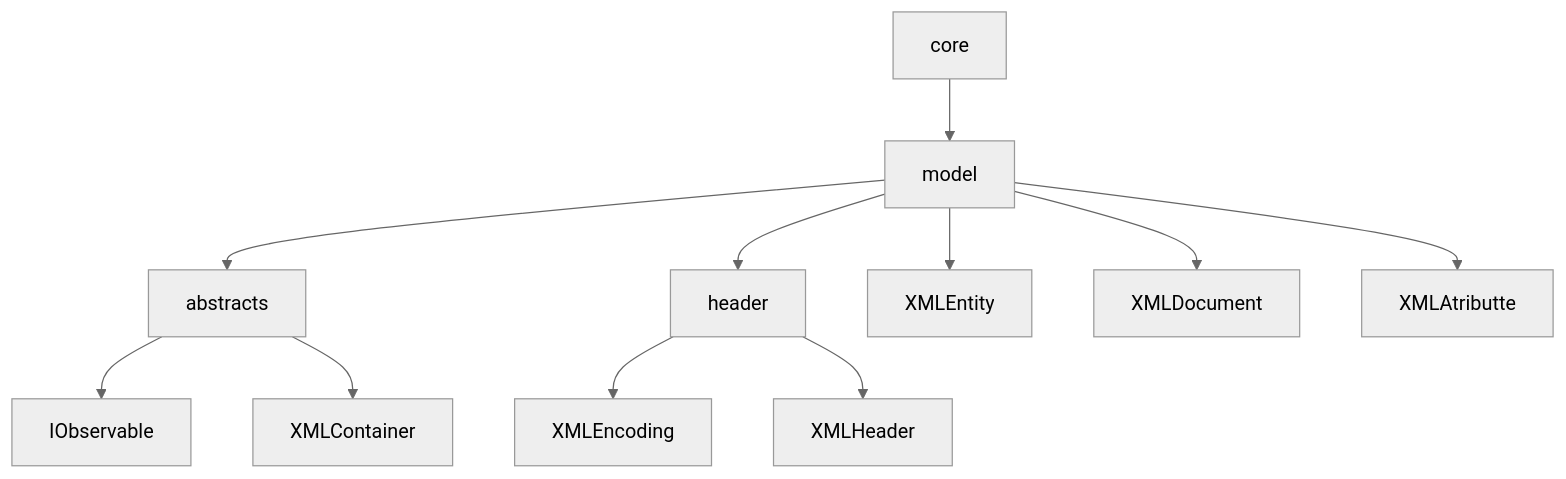
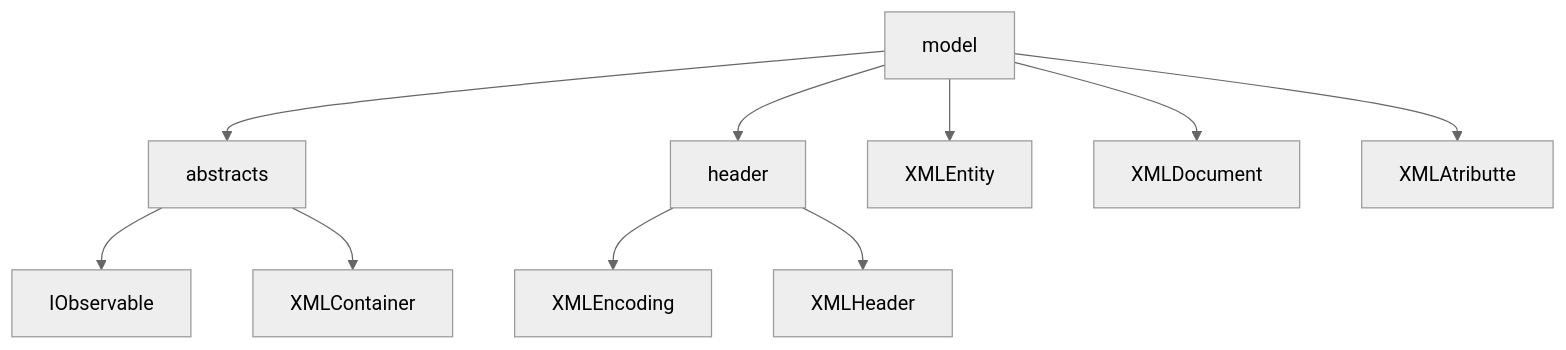
Before and after one commit to JoaoAlmeida-dev/XML-Generator-API-AdvancedProgramming: the fourth of 8 diagrams in README.md, drawn with Mermaid (neutral theme). The commit also changed other lines of this file, not shown here.

````diff
--- a/README.md
+++ b/README.md
@@ -117,15 +120,14 @@
 ```mermaid
 graph TD;
-   core --> model
    
    model --> abstracts
    abstracts --> IObservable
    abstracts --> XMLContainer
    model --> header
    header --> XMLEncoding
    header --> XMLHeader
    model --> XMLEntity
    model --> XMLDocument
    model --> XMLAtributte
    
 ```
````
